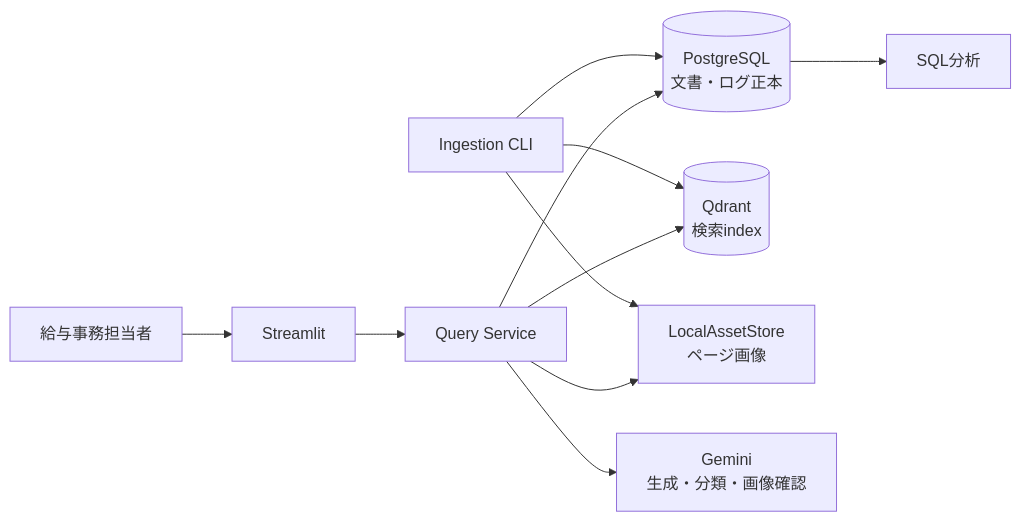
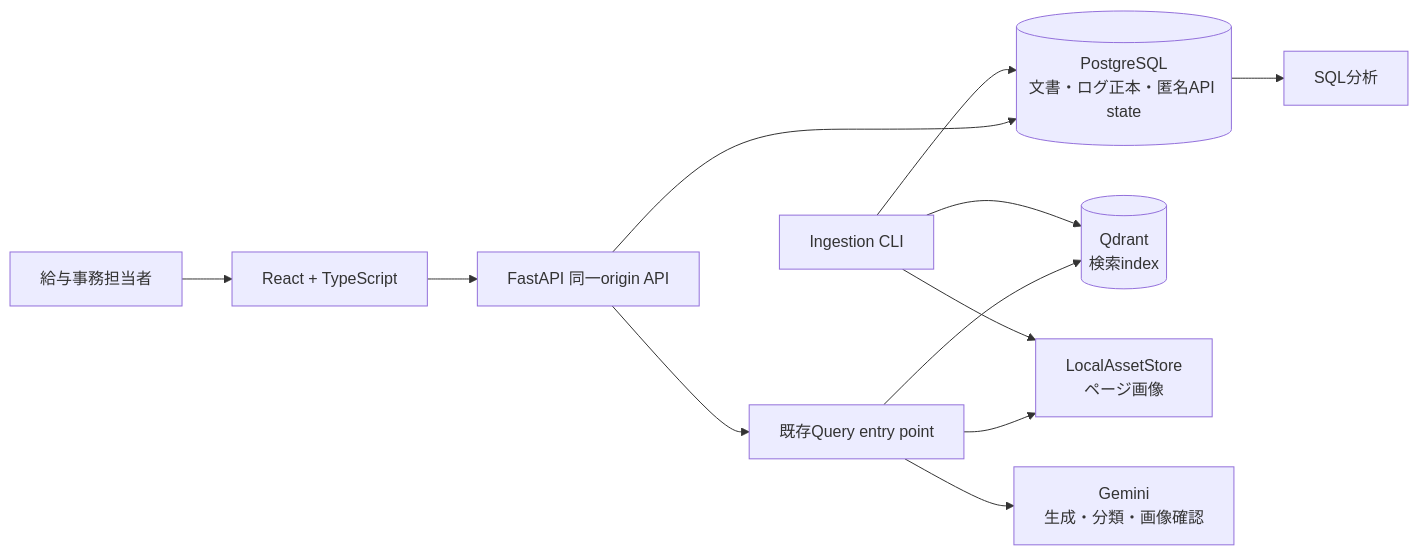
One commit to toko1970/municipal-rag-assistant changed the diagram in design/PORTFOLIO_DELIVERY_PLAN.md. Above: the diagram before and after it, drawn with Mermaid. The commit also changed other lines of this file and 48 other files, not shown here.

Commit message:
feat: migrate public UI to React and FastAPI

````diff
--- a/design/PORTFOLIO_DELIVERY_PLAN.md
+++ b/design/PORTFOLIO_DELIVERY_PLAN.md
@@ -59,13 +59,14 @@
 ```mermaid
 flowchart LR
-    U[給与事務担当者] --> UI[Streamlit]
-    UI --> QS[Query Service]
-    QS --> PG[(PostgreSQL<br/>文書・ログ正本)]
+    U[給与事務担当者] --> UI[React + TypeScript]
+    UI --> API[FastAPI 同一origin API]
+    API --> QS[既存Query entry point]
+    API --> PG[(PostgreSQL<br/>文書・ログ正本・匿名API state)]
     QS --> QD[(Qdrant<br/>検索index)]
     QS --> AS[LocalAssetStore<br/>ページ画像]
     QS --> GEM[Gemini<br/>生成・分類・画像確認]
     CLI[Ingestion CLI] --> PG
     CLI --> QD
     CLI --> AS
     PG --> SQL[SQL分析]
 ```
````
